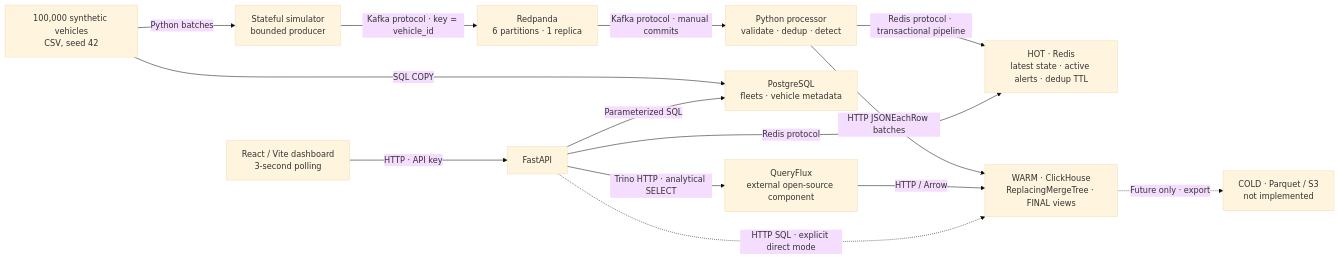
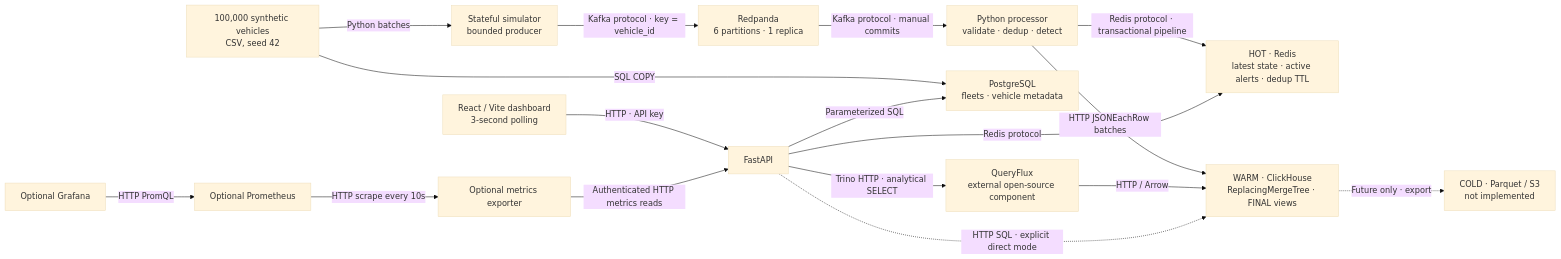
The diagram in docs/architecture.mmd (Kaileshwar16/VeloSense), drawn with Mermaid (base theme) before and after one commit. The commit also changed 47 other files, not shown here.

```diff
--- a/docs/architecture.mmd
+++ b/docs/architecture.mmd
@@ -1,14 +1,17 @@
 flowchart LR
     Registry["100,000 synthetic vehicles\nCSV, seed 42"] -->|Python batches| Sim["Stateful simulator\nbounded producer"]
     Sim -->|"Kafka protocol · key = vehicle_id"| Kafka["Redpanda\n6 partitions · 1 replica"]
     Kafka -->|"Kafka protocol · manual commits"| Processor["Python processor\nvalidate · dedup · detect"]
     Processor -->|"Redis protocol · transactional pipeline"| Redis["HOT · Redis\nlatest state · active alerts · dedup TTL"]
     Processor -->|"HTTP JSONEachRow batches"| CH["WARM · ClickHouse\nReplacingMergeTree · FINAL views"]
     Registry -->|"SQL COPY"| PG["PostgreSQL\nfleets · vehicle metadata"]
     UI["React / Vite dashboard\n3-second polling"] -->|"HTTP · API key"| API["FastAPI"]
     API -->|Redis protocol| Redis
     API -->|Parameterized SQL| PG
     API -->|"Trino HTTP · analytical SELECT"| QF["QueryFlux\nexternal open-source component"]
     QF -->|"HTTP / Arrow"| CH
     API -.->|"HTTP SQL · explicit direct mode"| CH
     CH -.->|"Future only · export"| Cold["COLD · Parquet / S3\nnot implemented"]
+    Exporter["Optional metrics exporter"] -->|"Authenticated HTTP metrics reads"| API
+    Prom["Optional Prometheus"] -->|"HTTP scrape every 10s"| Exporter
+    Grafana["Optional Grafana"] -->|"HTTP PromQL"| Prom
```
